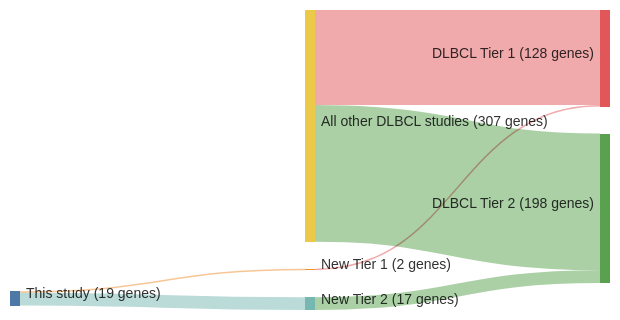
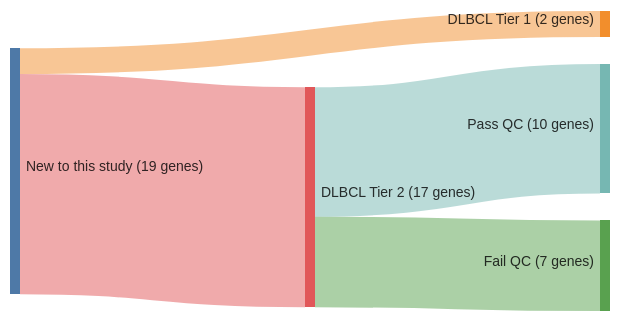
One commit to morinlab/lymphopedia changed the diagram in papers/chapuyMolecularSubtypesDiffuse2018b.md. Above: the diagram before and after it, drawn with Mermaid. The commit also changed other lines of this file, not shown here.

Commit message:
tracking

````diff
--- a/papers/chapuyMolecularSubtypesDiffuse2018b.md
+++ b/papers/chapuyMolecularSubtypesDiffuse2018b.md
@@ -18,20 +18,18 @@
 ```mermaid
 ---
 config:
     sankey:
         showValues: true
         linkColor: target
         width: 600
         height: 300
         nodeAlignment: right
         prefix: '('
         suffix: ' genes)'
 ---
 sankey-beta
-This study, New Tier 1, 2
-New Tier 1, DLBCL Tier 1, 2
-This study, New Tier 2, 17
-New Tier 2, DLBCL Tier 2, 17
-All other DLBCL studies, DLBCL Tier 1, 126
-All other DLBCL studies, DLBCL Tier 2, 181
+New to this study, DLBCL Tier 1, 2
+New to this study, DLBCL Tier 2, 17
+DLBCL Tier 2, Pass QC, 10
+DLBCL Tier 2, Fail QC, 7
 ```
````
